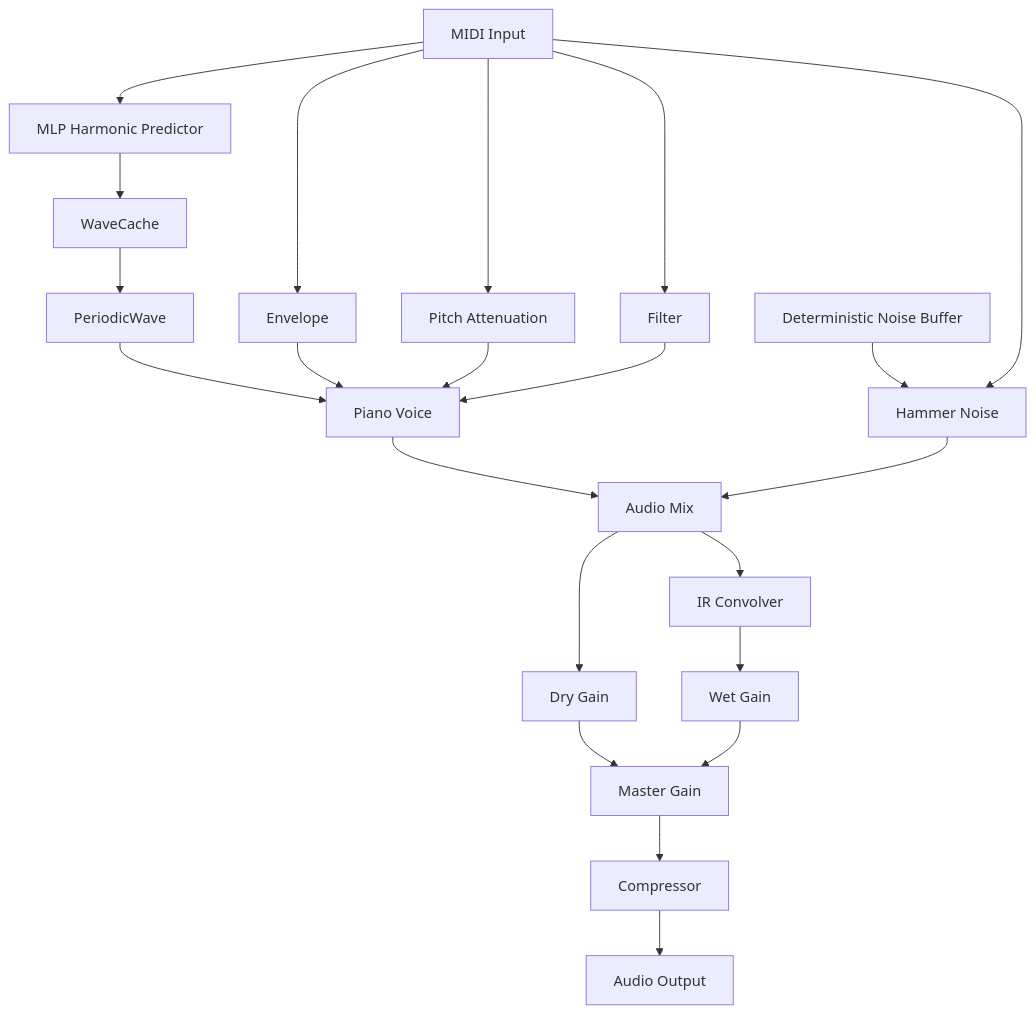
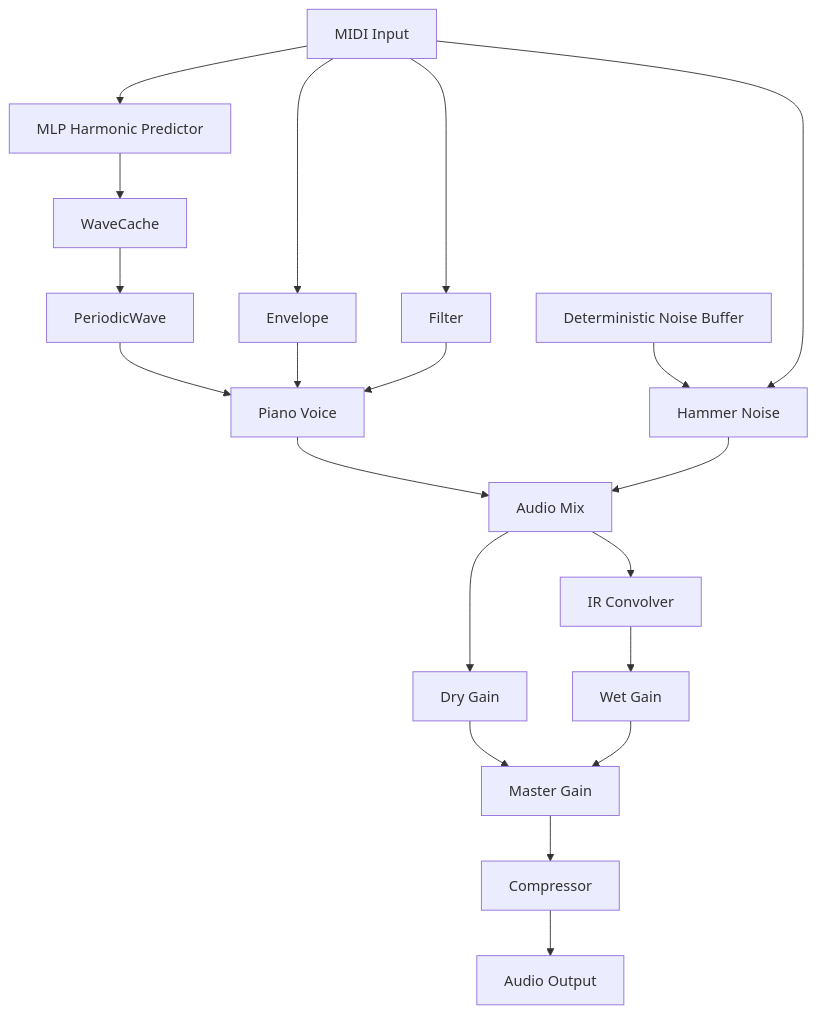
One commit to haveyouwantto/pico-piano-synth changed the diagram in README.md. Above: the diagram before and after it, drawn with Mermaid. The commit also changed other lines of this file and 1 other file, not shown here.

````diff
--- a/README.md
+++ b/README.md
@@ -28,49 +28,46 @@
 ```mermaid
 flowchart TD
     MIDI["MIDI Input"]
     MLP["MLP Harmonic Predictor"]
     CACHE["WaveCache"]
     WAVE["PeriodicWave"]
     VOICE["Piano Voice"]
     ENV["Envelope"]
-    ATTEN["Pitch Attenuation"]
     FILTER["Filter"]
     
     BUFFER["Deterministic Noise Buffer"]
     HAMMER["Hammer Noise"]
     MIX["Audio Mix"]
     DRY["Dry Gain"]
     CONV["IR Convolver"]
     WET["Wet Gain"]
     MASTER["Master Gain"]
     COMP["Compressor"]
     OUT["Audio Output"]
 
     MIDI --> MLP
     MLP --> CACHE
     CACHE --> WAVE
     WAVE --> VOICE
 
     MIDI --> ENV
-    MIDI --> ATTEN
     MIDI --> FILTER
 
     ENV --> VOICE
-    ATTEN --> VOICE
     FILTER --> VOICE
 
     BUFFER --> HAMMER
     MIDI --> HAMMER
 
     VOICE --> MIX
     HAMMER --> MIX
 
     MIX --> DRY
     MIX --> CONV
     CONV --> WET
 
     DRY --> MASTER
     WET --> MASTER
     MASTER --> COMP
     COMP --> OUT
 ```
````
